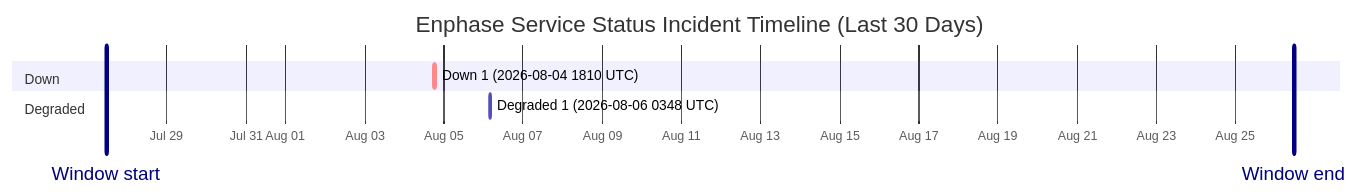
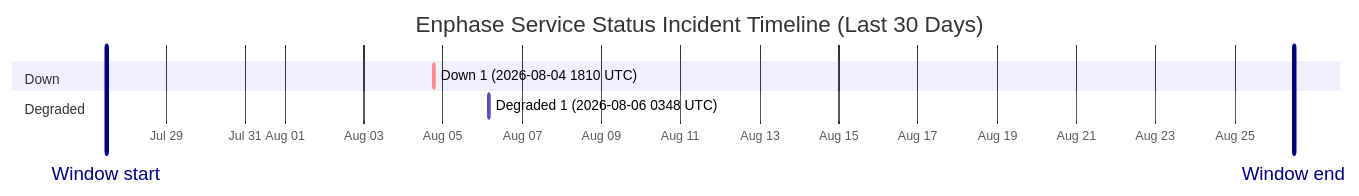
One commit to barneyonline/ha-enphase-energy changed the diagram in wiki/Service-Status-History.md. Above: the diagram before and after it, drawn with Mermaid. The commit also changed other lines of this file and 3 other files, not shown here.

````diff
--- a/wiki/Service-Status-History.md
+++ b/wiki/Service-Status-History.md
@@ -14,12 +14,12 @@
 ```mermaid
 gantt
     title Enphase Service Status Incident Timeline (Last 30 Days)
     dateFormat  YYYY-MM-DDTHH:mm:ss
     axisFormat  %b %d
-    Window start :vert, window-start, 2026-07-27T11:27:12, 0ms
-    Window end :vert, window-end, 2026-08-26T11:27:12, 0ms
+    Window start :vert, window-start, 2026-07-27T11:56:49, 0ms
+    Window end :vert, window-end, 2026-08-26T11:56:49, 0ms
     section Down
     Down 1 (2026-08-04 1810 UTC) :crit, down-1, 2026-08-04T18:10:46, 60m
     section Degraded
     Degraded 1 (2026-08-06 0348 UTC) :active, degraded-1, 2026-08-06T03:48:14, 60m
 ```
````
